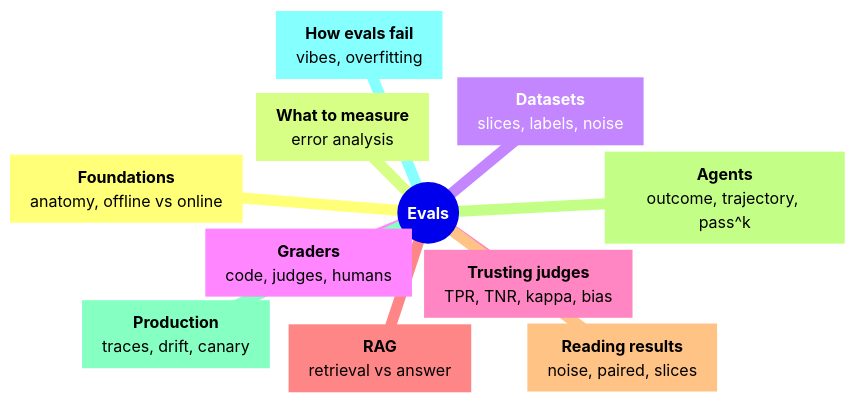
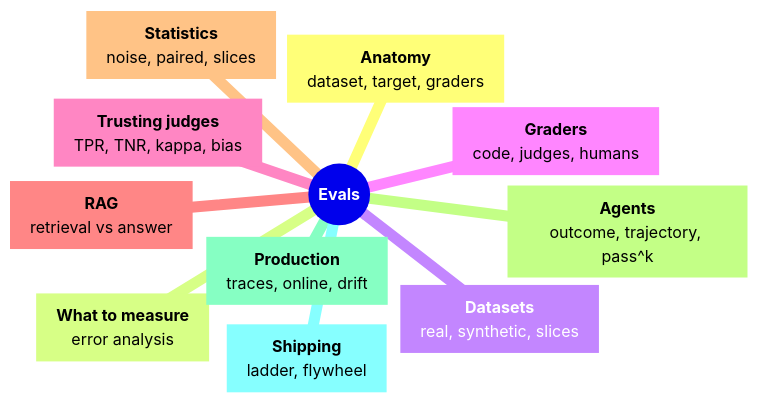
Before and after one commit to shubamchaudhary/CodeNITW: the first of 6 diagrams in src/Data/aiStackDocs/CH-08.md, drawn with Mermaid. The commit also changed other lines of this file and 52 other files, not shown here.

````diff
--- a/src/Data/aiStackDocs/CH-08.md
+++ b/src/Data/aiStackDocs/CH-08.md
@@ -17,24 +3,24 @@
 ```mermaid
 mindmap
   root(("**Evals**"))
-    n0["`**Foundations**
-    anatomy, offline vs online`"]
+    n0["`**Anatomy**
+    dataset, target, graders`"]
     n1["`**What to measure**
     error analysis`"]
     n2["`**Datasets**
-    slices, labels, noise`"]
+    real, synthetic, slices`"]
     n3["`**Graders**
     code, judges, humans`"]
     n4["`**Trusting judges**
     TPR, TNR, kappa, bias`"]
     n5["`**RAG**
     retrieval vs answer`"]
-    n6["`**Reading results**
+    n6["`**Statistics**
     noise, paired, slices`"]
     n7["`**Agents**
     outcome, trajectory, pass^k`"]
     n8["`**Production**
-    traces, drift, canary`"]
-    n9["`**How evals fail**
-    vibes, overfitting`"]
+    traces, online, drift`"]
+    n9["`**Shipping**
+    ladder, flywheel`"]
 ```
````
